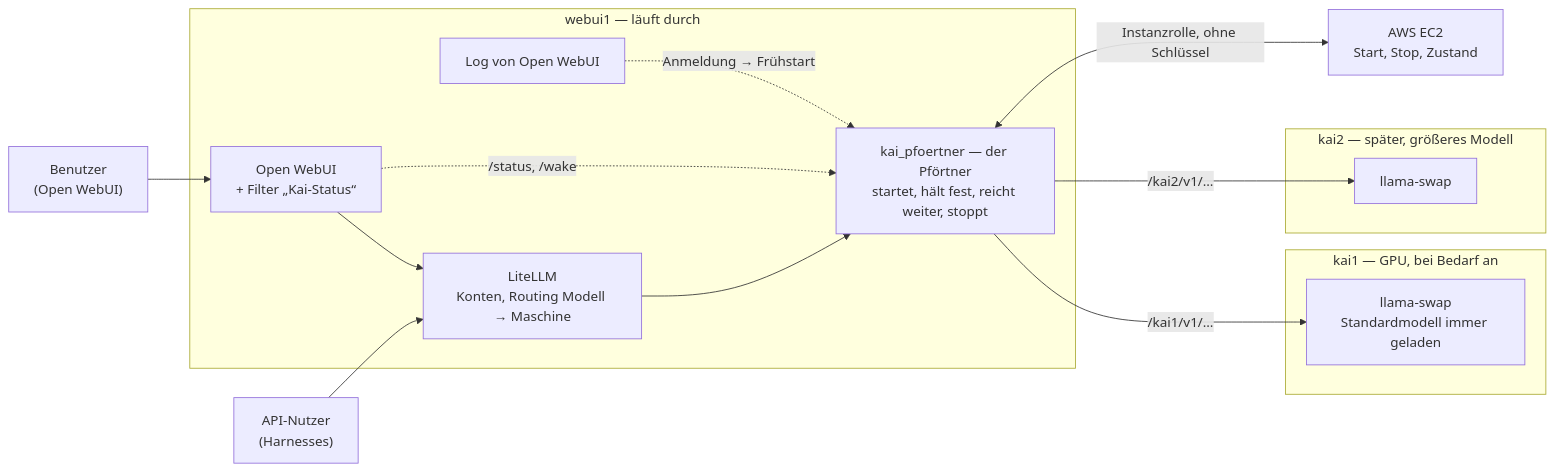
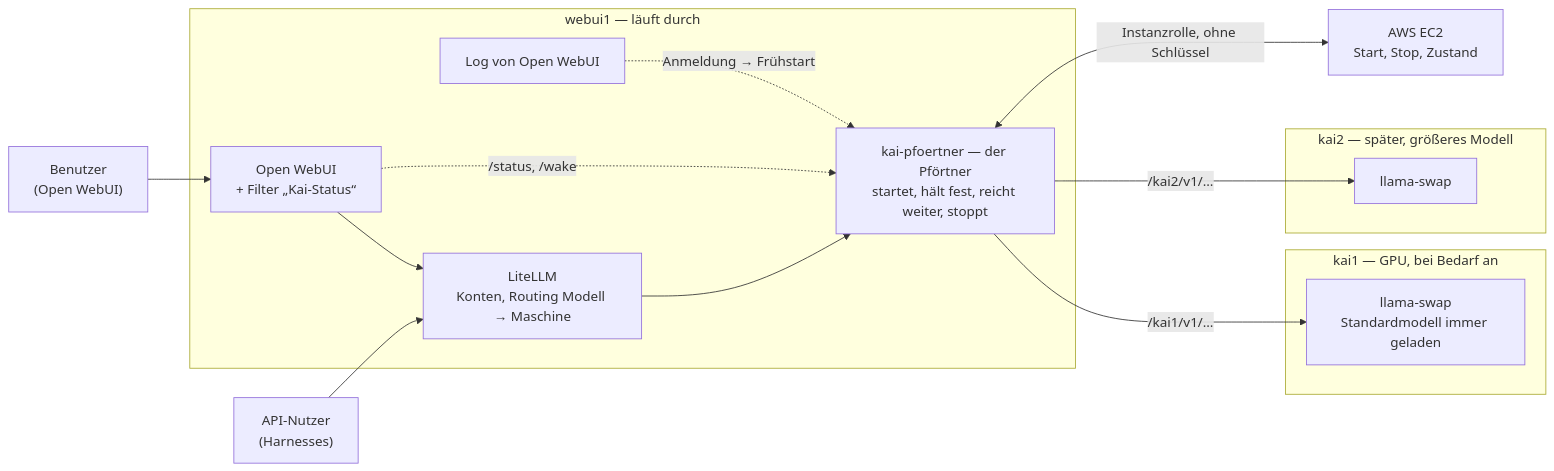
One commit to anobar/unserkai changed the second of 5 diagrams in kai/docs/05_vorschlag-auto-stop.md. Above: the diagram before and after it, drawn with Mermaid. The commit also changed other lines of this file and 6 other files, not shown here.

Commit message:
kai/docs: 05: kai-pfoertner überall, Unterstrich nur in Rolle und Variablen

````diff
--- a/kai/docs/05_vorschlag-auto-stop.md
+++ b/kai/docs/05_vorschlag-auto-stop.md
@@ -50,25 +50,25 @@
 ```mermaid
 flowchart LR
   U["Benutzer<br/>(Open WebUI)"]
   API["API-Nutzer<br/>(Harnesses)"]
   subgraph webui1["webui1 — läuft durch"]
     OWUI["Open WebUI<br/>+ Filter „Kai-Status“"]
     LOG["Log von Open WebUI"]
     LL["LiteLLM<br/>Konten, Routing Modell → Maschine"]
-    GATE["kai_pfoertner — der Pförtner<br/>startet, hält fest, reicht weiter, stoppt"]
+    GATE["kai-pfoertner — der Pförtner<br/>startet, hält fest, reicht weiter, stoppt"]
   end
   subgraph kai1["kai1 — GPU, bei Bedarf an"]
     LS1["llama-swap<br/>Standardmodell immer geladen"]
   end
   subgraph kai2["kai2 — später, größeres Modell"]
     LS2["llama-swap"]
   end
   AWS["AWS EC2<br/>Start, Stop, Zustand"]
   U --> OWUI --> LL --> GATE
   API --> LL
   GATE -->|"/kai1/v1/…"| LS1
   GATE -->|"/kai2/v1/…"| LS2
   GATE <-->|"Instanzrolle, ohne Schlüssel"| AWS
   OWUI -.->|"/status, /wake"| GATE
   LOG -.->|"Anmeldung → Frühstart"| GATE
 ```
````
